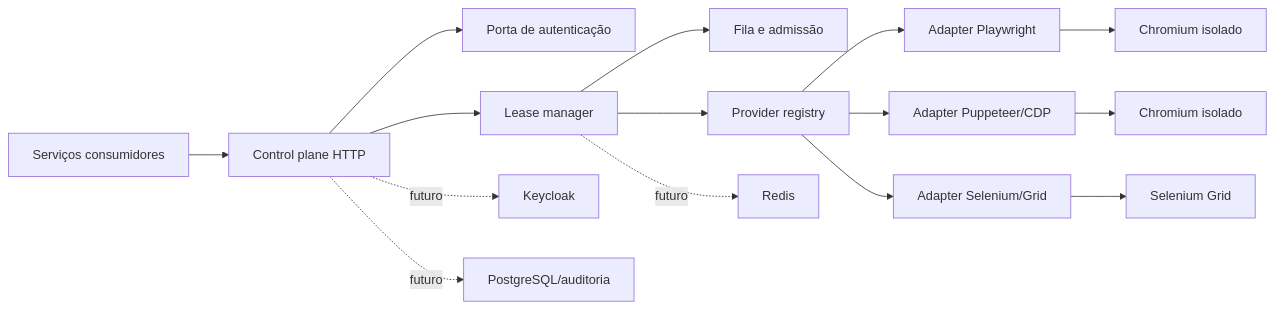
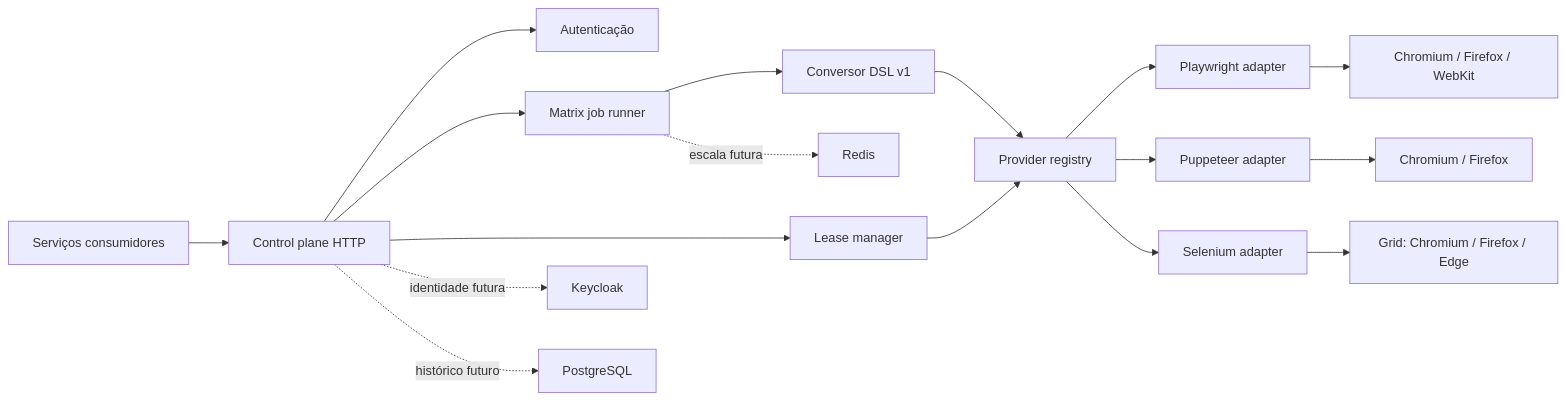
One commit to HenriqueBuzin/browser-automation-service changed the diagram in docs/architecture.md. Above: the diagram before and after it, drawn with Mermaid. The commit also changed other lines of this file and 36 other files, not shown here.

Commit message:
feat: add portable cross-browser job matrix

````diff
--- a/docs/architecture.md
+++ b/docs/architecture.md
@@ -5,17 +5,19 @@
 ```mermaid
 flowchart LR
     C["Serviços consumidores"] --> API["Control plane HTTP"]
-    API --> AUTH["Porta de autenticação"]
+    API --> AUTH["Autenticação"]
+    API --> JOB["Matrix job runner"]
     API --> LM["Lease manager"]
-    LM --> Q["Fila e admissão"]
-    LM --> PR["Provider registry"]
-    PR --> PW["Adapter Playwright"]
-    PR --> PP["Adapter Puppeteer/CDP"]
-    PR --> SE["Adapter Selenium/Grid"]
-    PW --> B1["Chromium isolado"]
-    PP --> B2["Chromium isolado"]
-    SE --> GRID["Selenium Grid"]
-    LM -. "futuro" .-> REDIS["Redis"]
-    API -. "futuro" .-> KC["Keycloak"]
-    API -. "futuro" .-> PG["PostgreSQL/auditoria"]
+    JOB --> CONV["Conversor DSL v1"]
+    CONV --> PR["Provider registry"]
+    LM --> PR
+    PR --> PW["Playwright adapter"]
+    PR --> PP["Puppeteer adapter"]
+    PR --> SE["Selenium adapter"]
+    PW --> B1["Chromium / Firefox / WebKit"]
+    PP --> B2["Chromium / Firefox"]
+    SE --> GRID["Grid: Chromium / Firefox / Edge"]
+    JOB -. "escala futura" .-> REDIS["Redis"]
+    API -. "identidade futura" .-> KC["Keycloak"]
+    API -. "histórico futuro" .-> PG["PostgreSQL"]
 ```
````
